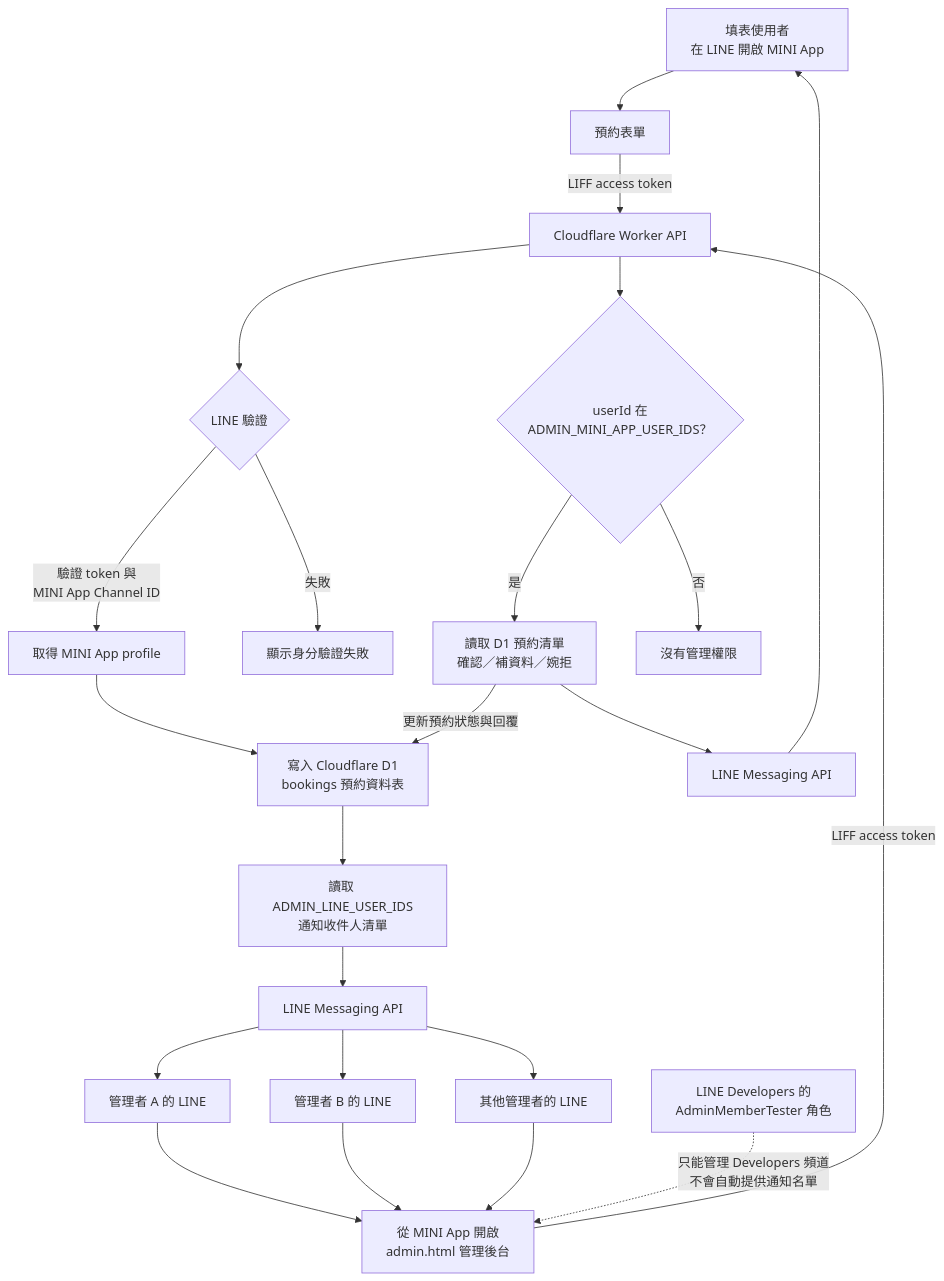
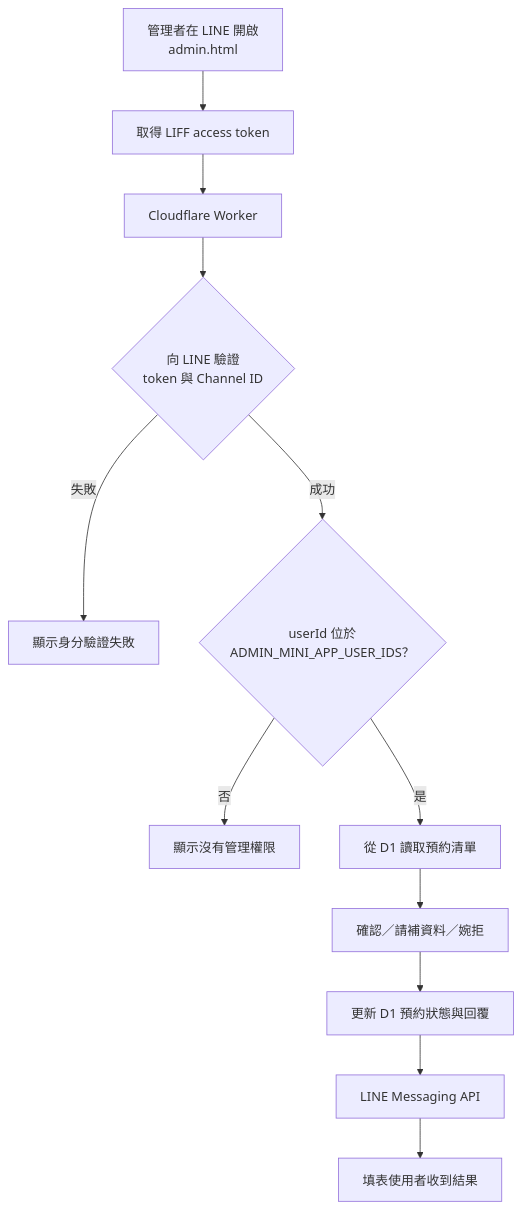
The second of 3 diagrams in README.md (illumyST/syuanluo-mini-app), drawn with Mermaid before and after one commit. The commit also changed other lines of this file and 14 other files, not shown here.

````diff
--- a/README.md
+++ b/README.md
@@ -106,32 +121,14 @@
 ```mermaid
 flowchart TD
-    U[填表使用者<br/>在 LINE 開啟 MINI App] --> F[預約表單]
-    F -->|LIFF access token| W[Cloudflare Worker API]
-
-    W --> V{LINE 驗證}
-    V -->|驗證 token 與<br/>MINI App Channel ID| P[取得 MINI App profile]
+    A[管理者在 LINE 開啟<br/>admin.html] --> T[取得 LIFF access token]
+    T --> W[Cloudflare Worker]
+    W --> V{向 LINE 驗證<br/>token 與 Channel ID}
     V -->|失敗| E[顯示身分驗證失敗]
-
-    P --> B[寫入 Cloudflare D1<br/>bookings 預約資料表]
-    B --> N[讀取 ADMIN_LINE_USER_IDS<br/>通知收件人清單]
-    N --> M[LINE Messaging API]
-    M --> A1[管理者 A 的 LINE]
-    M --> A2[管理者 B 的 LINE]
-    M --> A3[其他管理者的 LINE]
-
-    A1 --> AD[從 MINI App 開啟<br/>admin.html 管理後台]
-    A2 --> AD
-    A3 --> AD
-
-    AD -->|LIFF access token| W
-    W --> C{userId 在<br/>ADMIN_MINI_APP_USER_IDS？}
-    C -->|是| L[讀取 D1 預約清單<br/>確認／補資料／婉拒]
-    C -->|否| X[沒有管理權限]
-
-    L -->|更新預約狀態與回覆| B
-    L --> R[LINE Messaging API]
-    R --> U
-
-    D[LINE Developers 的<br/>AdminMemberTester 角色]
-    D -. 只能管理 Developers 頻道<br/>不會自動提供通知名單 .-> AD
+    V -->|成功| C{userId 位於<br/>ADMIN_MINI_APP_USER_IDS？}
+    C -->|否| X[顯示沒有管理權限]
+    C -->|是| L[從 D1 讀取預約清單]
+    L --> S[確認／請補資料／婉拒]
+    S --> D1[更新 D1 預約狀態與回覆]
+    D1 --> API[LINE Messaging API]
+    API --> U[填表使用者收到結果]
 ```
````
